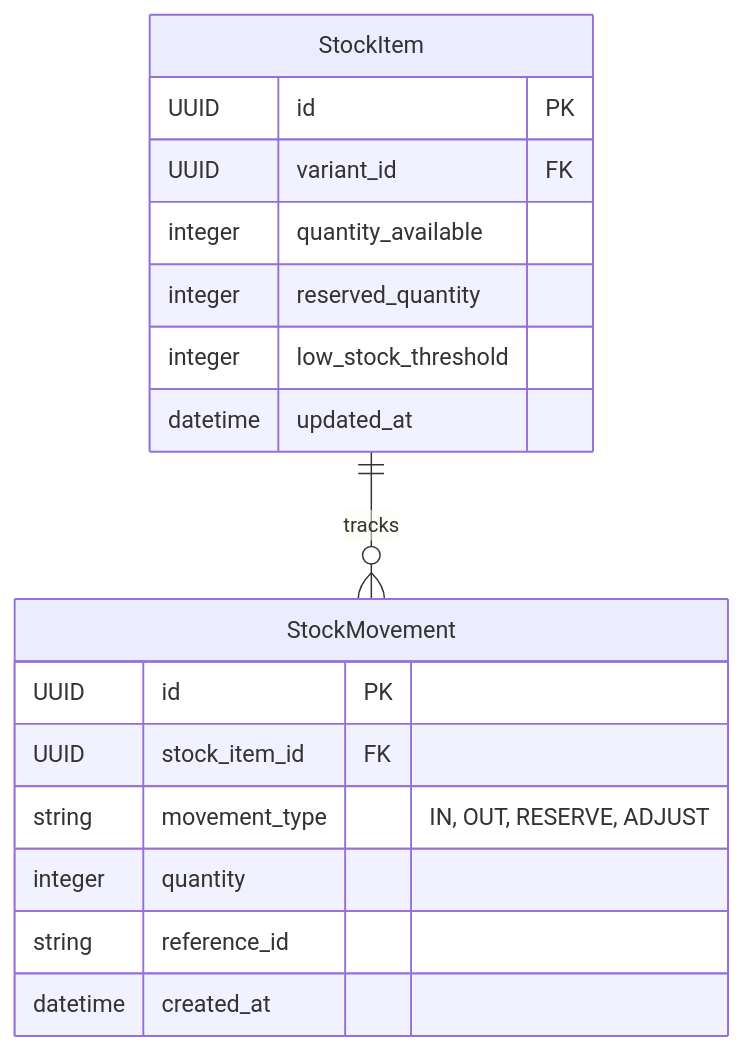
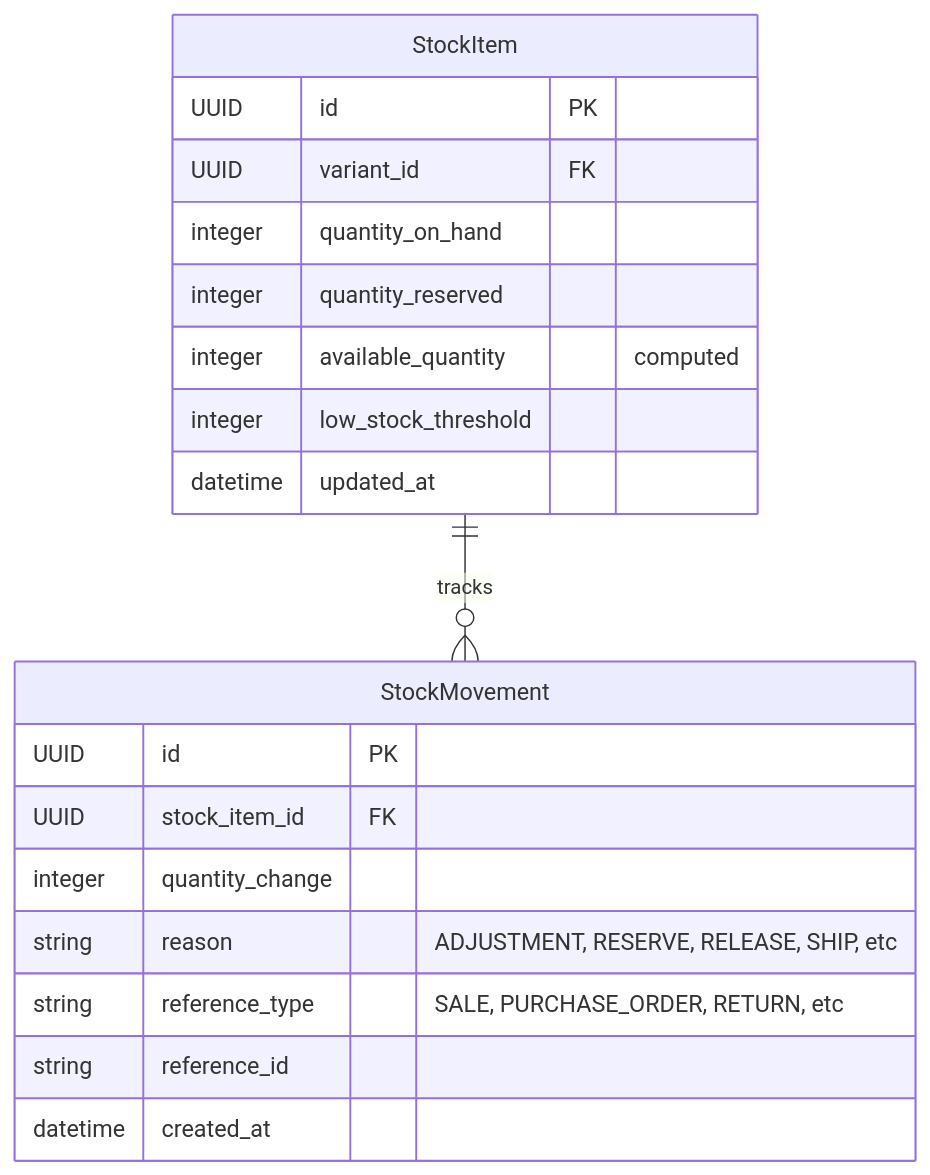
Before and after one commit to mamadoudevweb/store-up: the first of 2 diagrams in docs/domains/stock.md, drawn with Mermaid. The commit also changed other lines of this file and 7 other files, not shown here.

````diff
--- a/docs/domains/stock.md
+++ b/docs/domains/stock.md
@@ -8,21 +8,23 @@
 ```mermaid
 erDiagram
     StockItem ||--o{ StockMovement : "tracks"
     
     StockItem {
         UUID id PK
         UUID variant_id FK
-        integer quantity_available
-        integer reserved_quantity
+        integer quantity_on_hand
+        integer quantity_reserved
+        integer available_quantity "computed"
         integer low_stock_threshold
         datetime updated_at
     }
     StockMovement {
         UUID id PK
         UUID stock_item_id FK
-        string movement_type "IN, OUT, RESERVE, ADJUST"
-        integer quantity
+        integer quantity_change
+        string reason "ADJUSTMENT, RESERVE, RELEASE, SHIP, etc"
+        string reference_type "SALE, PURCHASE_ORDER, RETURN, etc"
         string reference_id
         datetime created_at
     }
 ```
````
